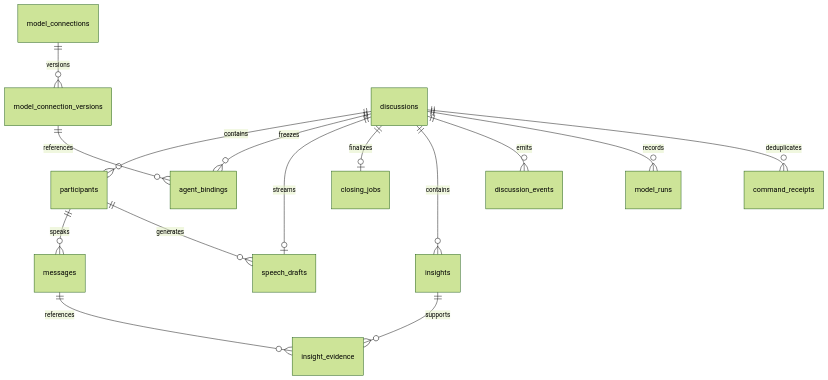
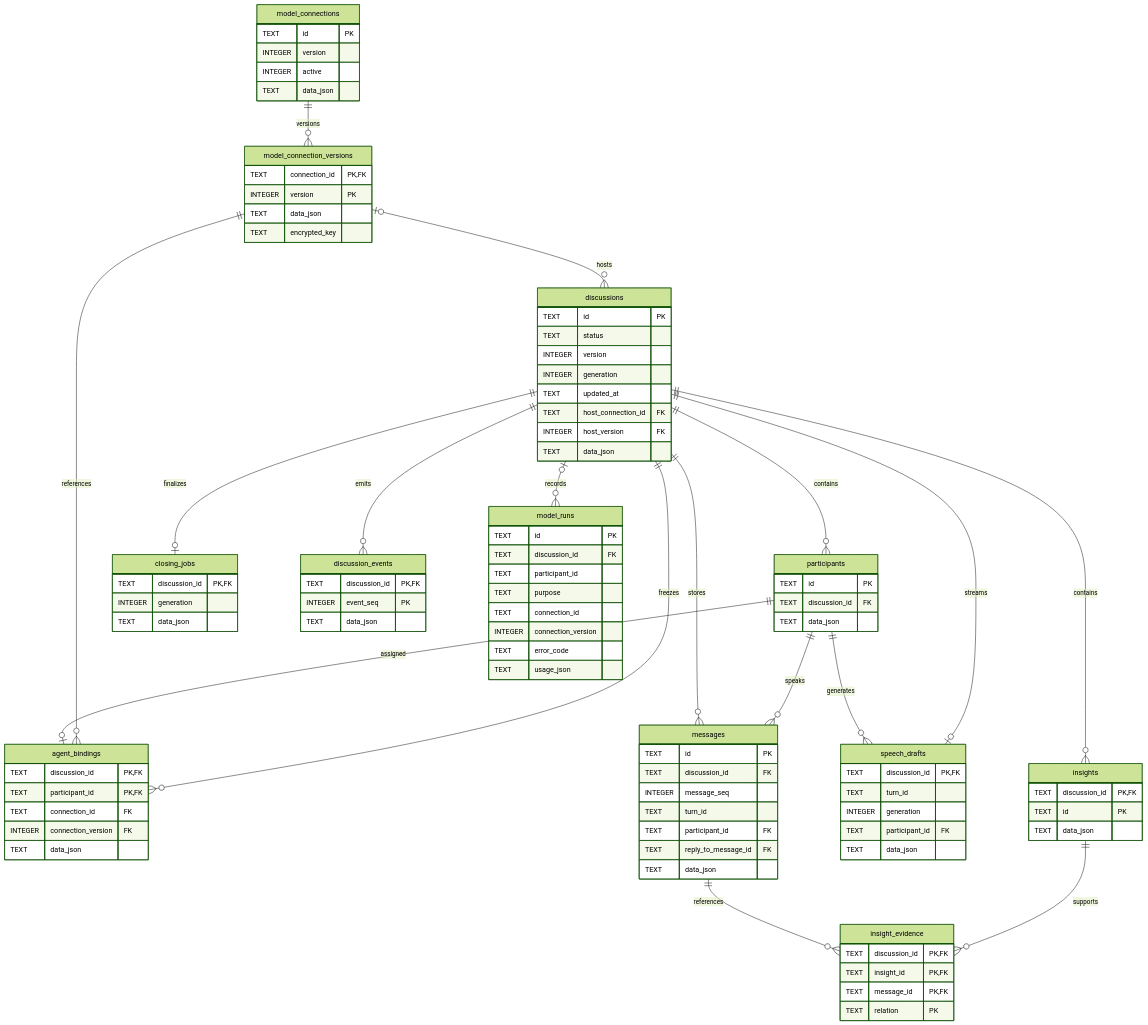
The diagram in docs/data-model.md (yuwang66666/panel-studio-roundtable), drawn with Mermaid (forest theme) before and after one commit. The commit also changed other lines of this file and 13 other files, not shown here.

````diff
--- a/docs/data-model.md
+++ b/docs/data-model.md
@@ -14,6 +16,90 @@
   insights ||--o{ insight_evidence : supports
   messages ||--o{ insight_evidence : references
   discussions ||--o{ discussion_events : emits
-  discussions ||--o{ model_runs : records
-  discussions ||--o{ command_receipts : deduplicates
+  discussions |o--o{ model_runs : records
+  discussions ||--o{ messages : stores
+  participants ||--o| agent_bindings : assigned
+  model_connection_versions |o--o{ discussions : hosts
+
+  model_connections {
+    TEXT id PK
+    INTEGER version
+    INTEGER active
+    TEXT data_json
+  }
+  model_connection_versions {
+    TEXT connection_id PK, FK
+    INTEGER version PK
+    TEXT data_json
+    TEXT encrypted_key
+  }
+  discussions {
+    TEXT id PK
+    TEXT status
+    INTEGER version
+    INTEGER generation
+    TEXT updated_at
+    TEXT host_connection_id FK
+    INTEGER host_version FK
+    TEXT data_json
+  }
+  participants {
+    TEXT id PK
+    TEXT discussion_id FK
+    TEXT data_json
+  }
+  agent_bindings {
+    TEXT discussion_id PK, FK
+    TEXT participant_id PK, FK
+    TEXT connection_id FK
+    INTEGER connection_version FK
+    TEXT data_json
+  }
+  messages {
+    TEXT id PK
+    TEXT discussion_id FK
+    INTEGER message_seq
+    TEXT turn_id
+    TEXT participant_id FK
+    TEXT reply_to_message_id FK
+    TEXT data_json
+  }
+  insights {
+    TEXT discussion_id PK, FK
+    TEXT id PK
+    TEXT data_json
+  }
+  insight_evidence {
+    TEXT discussion_id PK, FK
+    TEXT insight_id PK, FK
+    TEXT message_id PK, FK
+    TEXT relation PK
+  }
+  speech_drafts {
+    TEXT discussion_id PK, FK
+    TEXT turn_id
+    INTEGER generation
+    TEXT participant_id FK
+    TEXT data_json
+  }
+  closing_jobs {
+    TEXT discussion_id PK, FK
+    INTEGER generation
+    TEXT data_json
+  }
+  discussion_events {
+    TEXT discussion_id PK, FK
+    INTEGER event_seq PK
+    TEXT data_json
+  }
+  model_runs {
+    TEXT id PK
+    TEXT discussion_id FK
+    TEXT participant_id
+    TEXT purpose
+    TEXT connection_id
+    INTEGER connection_version
+    TEXT error_code
+    TEXT usage_json
+  }
 ```
````
